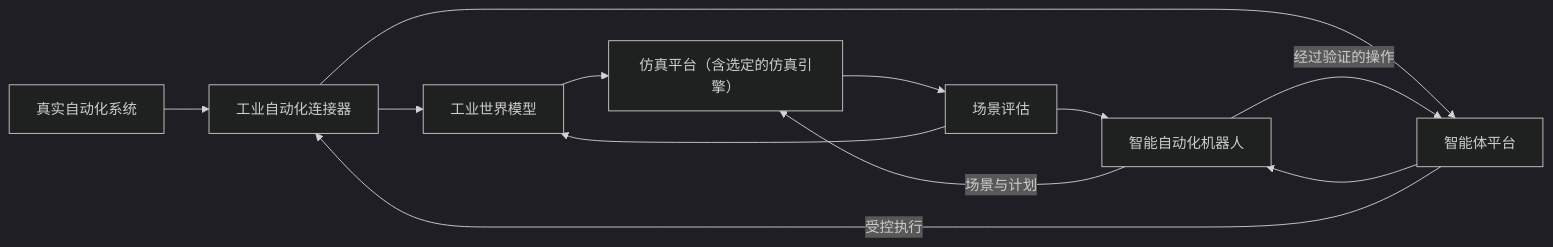
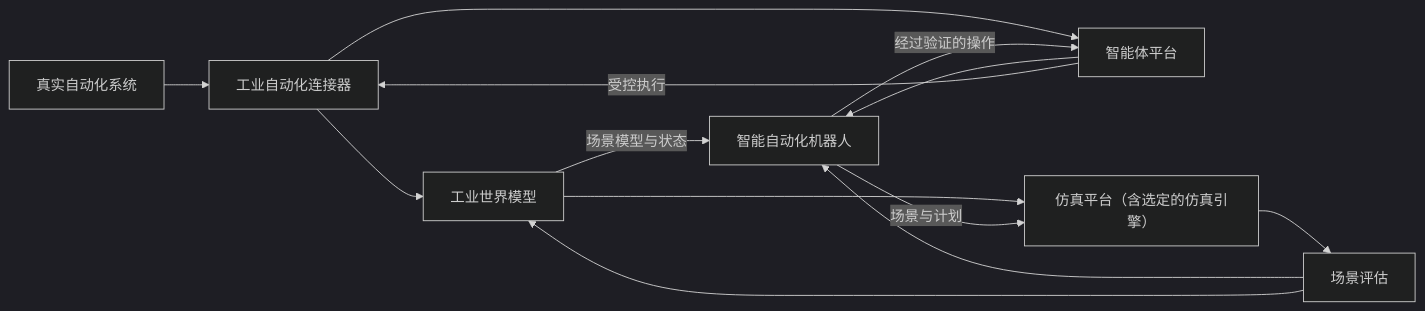
Before and after one commit to simulator-bot/.github: the diagram in README.zh-CN.md, drawn with Mermaid (dark theme). The commit also changed other lines of this file and 1 other file, not shown here.

````diff
--- a/README.zh-CN.md
+++ b/README.zh-CN.md
@@ -19,14 +19,15 @@
 ```mermaid
 flowchart LR
     R[真实自动化系统] --> C[工业自动化连接器]
     C --> W[工业世界模型]
     C --> P[智能体平台]
     P --> A[智能自动化机器人]
+    W -->|场景模型与状态| A
     W --> S[仿真平台（含选定的仿真引擎）]
     A -->|场景与计划| S
     S --> E[场景评估]
     E --> A
     E --> W
     A -->|经过验证的操作| P
     P -->|受控执行| C
 ```
````
